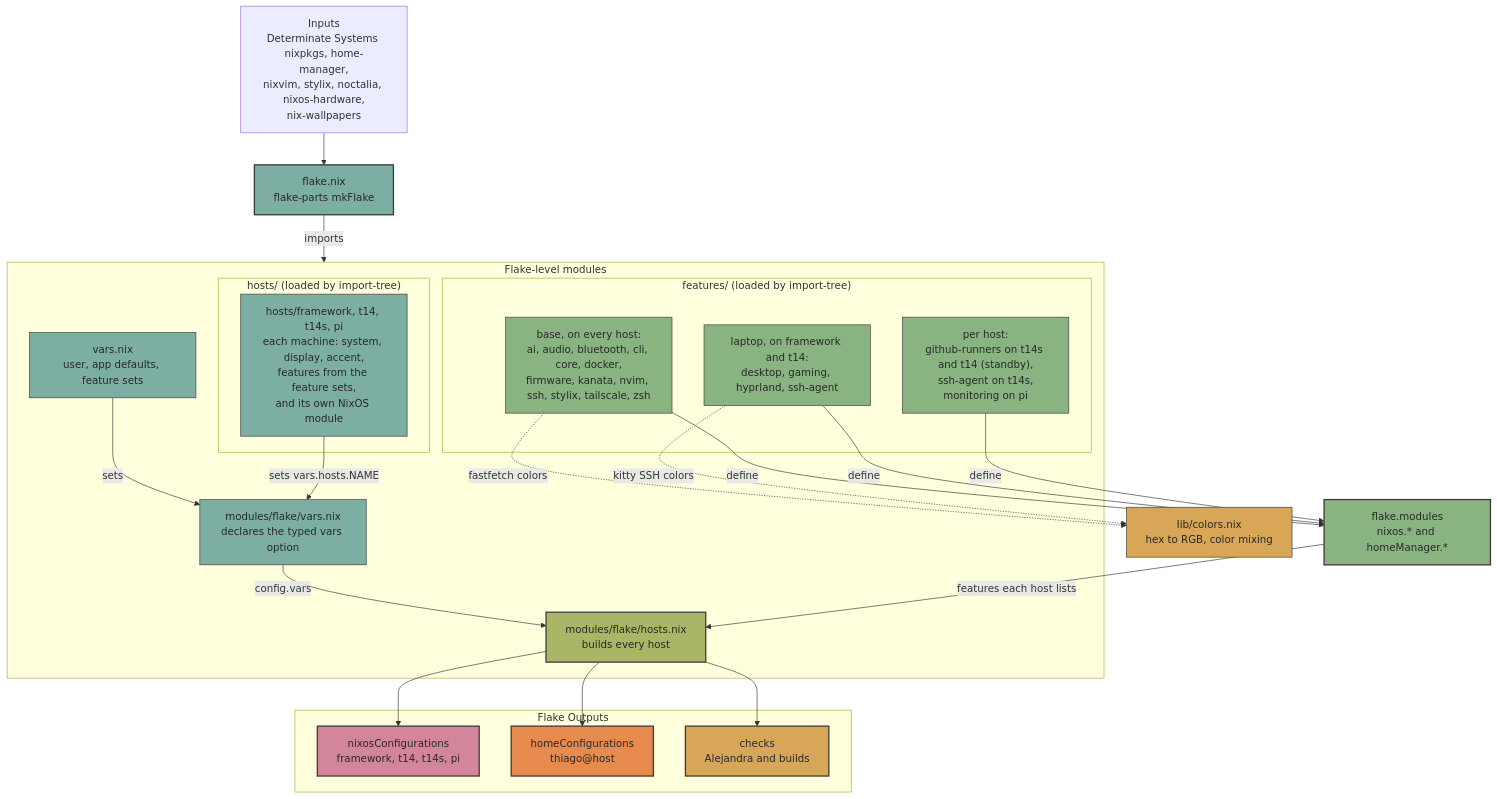
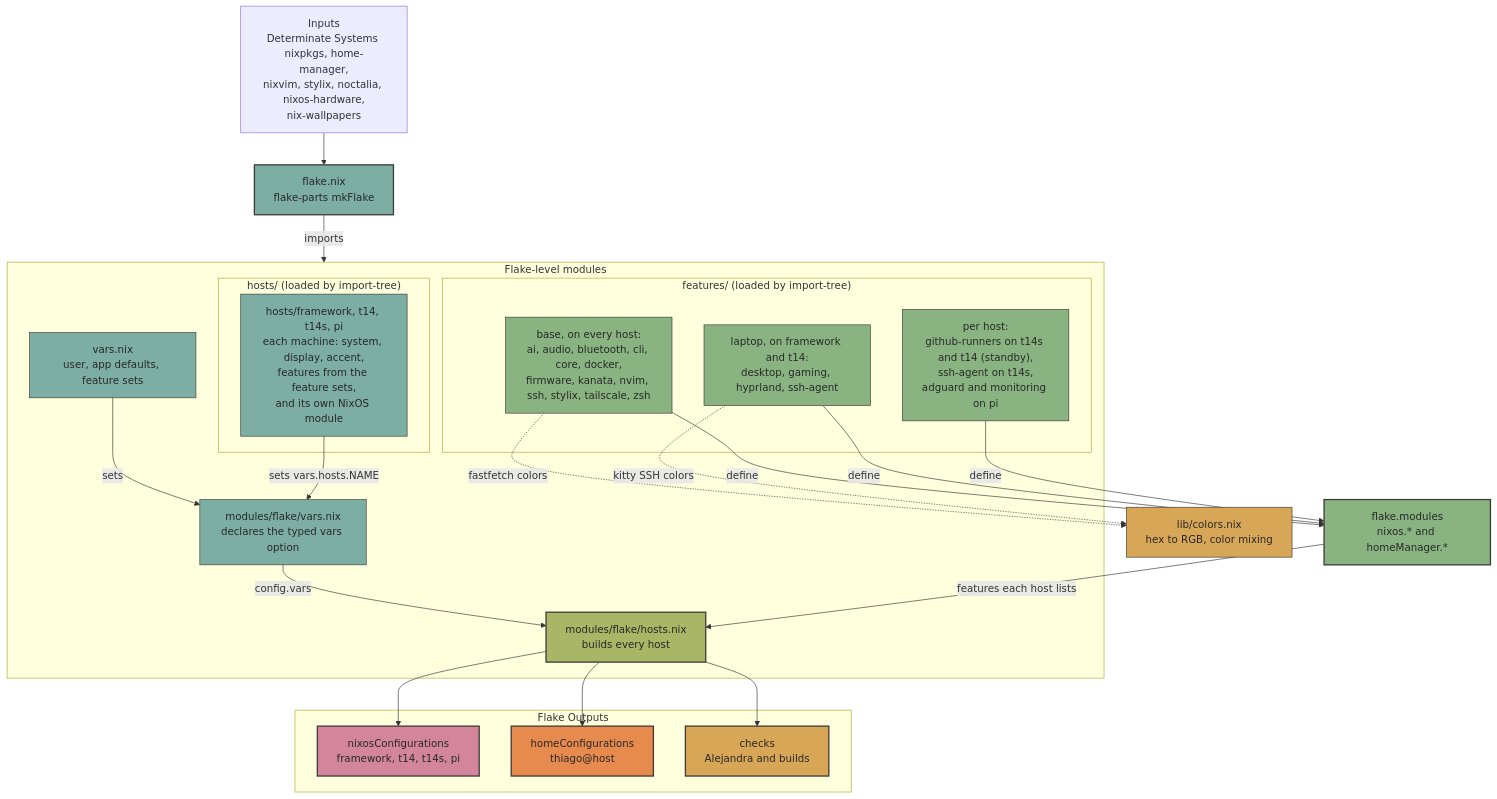
Before and after one commit to thiagokimo/nix-config: the diagram in README.md, drawn with Mermaid. The commit also changed other lines of this file, not shown here.

````diff
--- a/README.md
+++ b/README.md
@@ -83,58 +84,58 @@
 ```mermaid
 graph TD
     Inputs["Inputs<br/>Determinate Systems nixpkgs, home-manager,<br/>nixvim, stylix, noctalia, nixos-hardware,<br/>nix-wallpapers"] --> Flake
     Flake["flake.nix<br/>flake-parts mkFlake"]
 
     subgraph FlakeLevel ["Flake-level modules"]
         VarsOpt["modules/flake/vars.nix<br/>declares the typed vars option"]
         Vars["vars.nix<br/>user, app defaults, feature sets"]
         subgraph Features ["features/ (loaded by import-tree)"]
             BaseF["base, on every host:<br/>ai, audio, bluetooth, cli, core, docker,<br/>firmware, kanata, nvim, ssh, stylix, tailscale, zsh"]
             LaptopF["laptop, on framework and t14:<br/>desktop, gaming, hyprland, ssh-agent"]
-            ServerF["per host:<br/>github-runners on t14s and t14 (standby),<br/>ssh-agent on t14s,<br/>monitoring on pi"]
+            ServerF["per host:<br/>github-runners on t14s and t14 (standby),<br/>ssh-agent on t14s,<br/>adguard and monitoring on pi"]
         end
         subgraph Hosts ["hosts/ (loaded by import-tree)"]
             HostFiles["hosts/framework, t14, t14s, pi<br/>each machine: system, display, accent,<br/>features from the feature sets,<br/>and its own NixOS module"]
         end
         HostsMod["modules/flake/hosts.nix<br/>builds every host"]
     end
 
     Flake -->|imports| FlakeLevel
     Vars -->|sets| VarsOpt
     HostFiles -->|sets vars.hosts.NAME| VarsOpt
     BaseF -->|define| FlakeModules
     LaptopF -->|define| FlakeModules
     ServerF -->|define| FlakeModules
     FlakeModules["flake.modules<br/>nixos.* and homeManager.*"]
 
     VarsOpt -->|config.vars| HostsMod
     FlakeModules -->|features each host lists| HostsMod
 
     subgraph Outputs ["Flake Outputs"]
         NixOS["nixosConfigurations<br/>framework, t14, t14s, pi"]
         HomeM["homeConfigurations<br/>thiago@host"]
         Checks["checks<br/>Alejandra and builds"]
     end
 
     HostsMod --> NixOS
     HostsMod --> HomeM
     HostsMod --> Checks
 
     Colors["lib/colors.nix<br/>hex to RGB, color mixing"]
     BaseF -.->|fastfetch colors| Colors
     LaptopF -.->|kitty SSH colors| Colors
 
     style Flake fill:#7daea3,stroke:#3c3836,stroke-width:2px,color:#282828
     style VarsOpt fill:#7daea3,stroke:#3c3836,stroke-width:1px,color:#282828
     style Vars fill:#7daea3,stroke:#3c3836,stroke-width:1px,color:#282828
     style HostFiles fill:#7daea3,stroke:#3c3836,stroke-width:1px,color:#282828
     style BaseF fill:#89b482,stroke:#3c3836,stroke-width:1px,color:#282828
     style LaptopF fill:#89b482,stroke:#3c3836,stroke-width:1px,color:#282828
     style ServerF fill:#89b482,stroke:#3c3836,stroke-width:1px,color:#282828
     style FlakeModules fill:#89b482,stroke:#3c3836,stroke-width:2px,color:#282828
     style HostsMod fill:#a9b665,stroke:#3c3836,stroke-width:2px,color:#282828
     style Colors fill:#d8a657,stroke:#3c3836,stroke-width:1px,color:#282828
     style NixOS fill:#d3869b,stroke:#3c3836,stroke-width:2px,color:#282828
     style HomeM fill:#e78a4e,stroke:#3c3836,stroke-width:2px,color:#282828
     style Checks fill:#d8a657,stroke:#3c3836,stroke-width:2px,color:#282828
 ```
````
